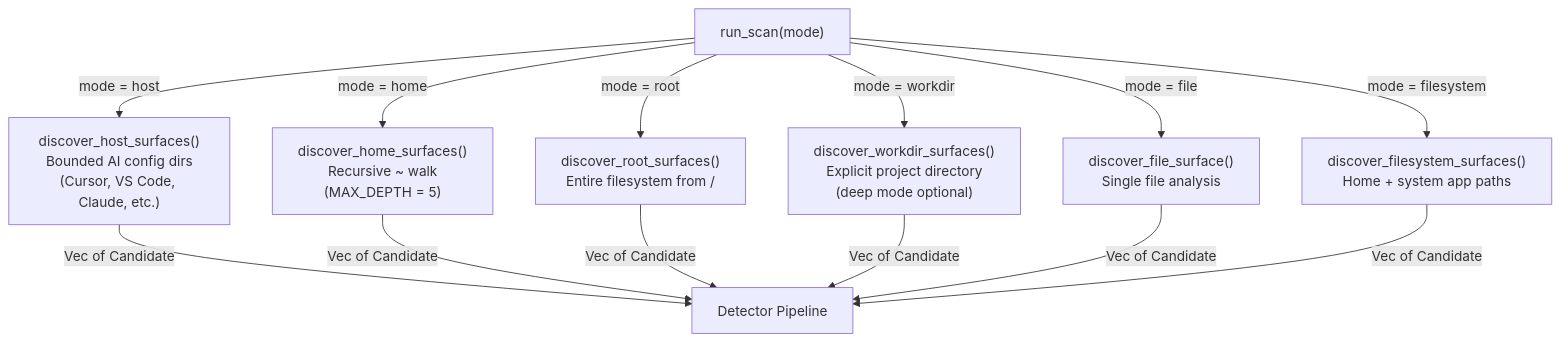
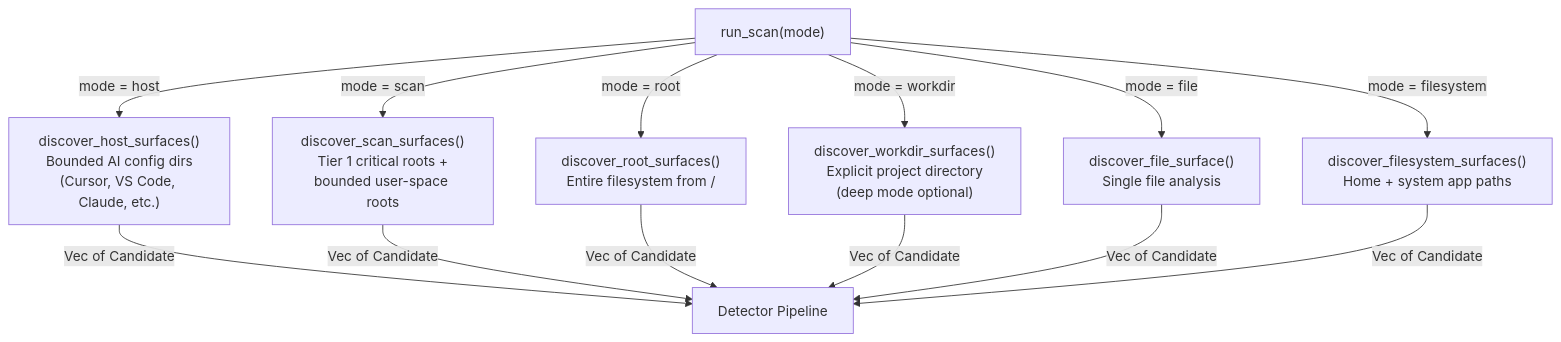
Before and after one commit to AgenticHighway/proov: the seventh of 7 diagrams in docs/c4-level4-code.md, drawn with Mermaid. The commit also changed 9 other files, not shown here.

Commit message:
feat: align scan modes with tiered surfaces

````diff
--- a/docs/c4-level4-code.md
+++ b/docs/c4-level4-code.md
@@ -220,18 +220,18 @@
 ```mermaid
 flowchart TD
     RunScan["run_scan(mode)"]
 
     RunScan -->|"mode = host"| Host["discover_host_surfaces()\nBounded AI config dirs\n(Cursor, VS Code, Claude, etc.)"]
-    RunScan -->|"mode = home"| Home["discover_home_surfaces()\nRecursive ~ walk\n(MAX_DEPTH = 5)"]
+    RunScan -->|"mode = scan"| Home["discover_scan_surfaces()\nTier 1 critical roots +\nbounded user-space roots"]
     RunScan -->|"mode = root"| Root["discover_root_surfaces()\nEntire filesystem from /"]
     RunScan -->|"mode = workdir"| Workdir["discover_workdir_surfaces()\nExplicit project directory\n(deep mode optional)"]
     RunScan -->|"mode = file"| File["discover_file_surface()\nSingle file analysis"]
     RunScan -->|"mode = filesystem"| FS["discover_filesystem_surfaces()\nHome + system app paths"]
 
     Host -->|"Vec of Candidate"| Detectors["Detector Pipeline"]
     Home -->|"Vec of Candidate"| Detectors
     Root -->|"Vec of Candidate"| Detectors
     Workdir -->|"Vec of Candidate"| Detectors
     File -->|"Vec of Candidate"| Detectors
     FS -->|"Vec of Candidate"| Detectors
 ```
````
